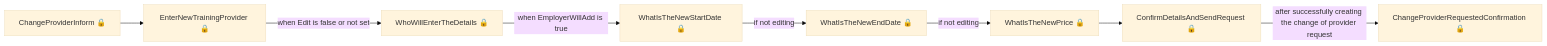
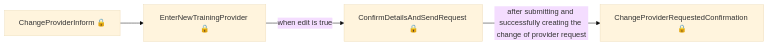
Before and after one commit to talentconsulting/atlas-dfe: the second of 3 diagrams in das-employercommitments-v2/user-journeys/user-journeys.md, drawn with Mermaid (base theme). The commit also changed other lines of this file and 22 other files, not shown here.

````diff
--- a/das-employercommitments-v2/user-journeys/user-journeys.md
+++ b/das-employercommitments-v2/user-journeys/user-journeys.md
@@ -22,10 +20,6 @@
 ```mermaid
 flowchart LR
   p0["ChangeProviderInform 🔒"] --> p1["EnterNewTrainingProvider 🔒"]
-  p1["EnterNewTrainingProvider 🔒"] -->|"when Edit is false or not set"| p2["WhoWillEnterTheDetails 🔒"]
-  p2["WhoWillEnterTheDetails 🔒"] -->|"when EmployerWillAdd is true"| p3["WhatIsTheNewStartDate 🔒"]
-  p3["WhatIsTheNewStartDate 🔒"] -->|"if not editing"| p4["WhatIsTheNewEndDate 🔒"]
-  p4["WhatIsTheNewEndDate 🔒"] -->|"if not editing"| p5["WhatIsTheNewPrice 🔒"]
-  p5["WhatIsTheNewPrice 🔒"] --> p6["ConfirmDetailsAndSendRequest 🔒"]
-  p6["ConfirmDetailsAndSendRequest 🔒"] -->|"after successfully creating the change of provider request"| p7["ChangeProviderRequestedConfirmation 🔒"]
+  p1["EnterNewTrainingProvider 🔒"] -->|"when edit is true"| p2["ConfirmDetailsAndSendRequest 🔒"]
+  p2["ConfirmDetailsAndSendRequest 🔒"] -->|"after submitting and successfully creating the change of provider request"| p3["ChangeProviderRequestedConfirmation 🔒"]
 ```
````
